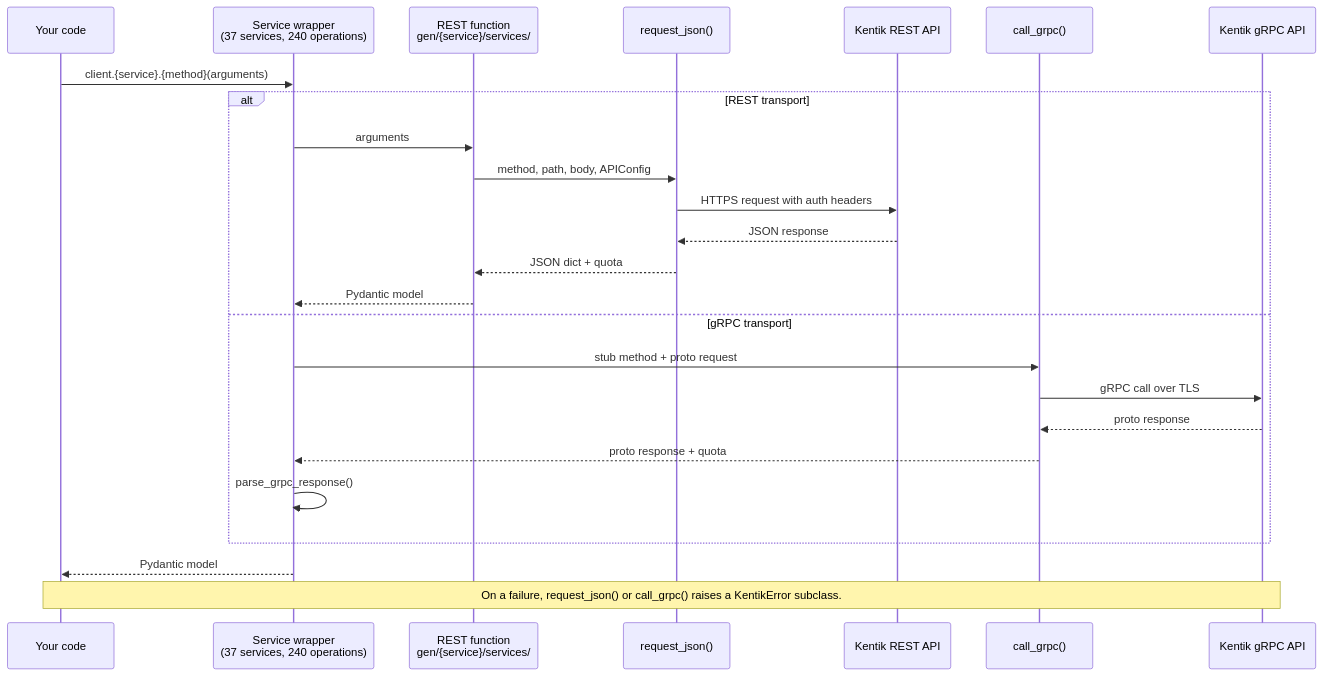
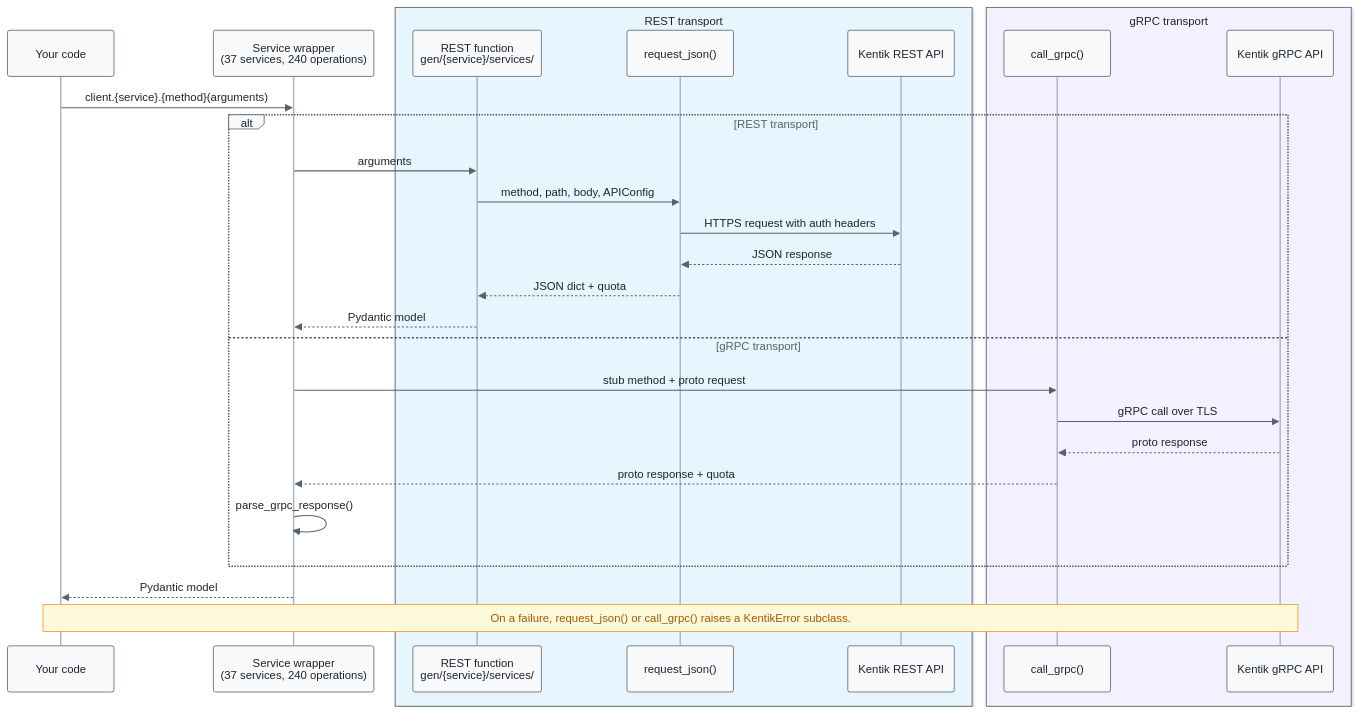
Before and after one commit to alexdearaujo/community_sdk_python: the first of 2 diagrams in docs/sphinx/sdk_runtime_architecture.md, drawn with Mermaid. The commit also changed other lines of this file and 63 other files, not shown here.

First line of the commit message:
docs: themed Mermaid everywhere, smooth curves on the layer diagram

````diff
--- a/docs/sphinx/sdk_runtime_architecture.md
+++ b/docs/sphinx/sdk_runtime_architecture.md
@@ -15,28 +15,33 @@
 ```mermaid
+%%{init: {"theme": "base", "fontFamily": "ui-monospace, SFMono-Regular, Menlo, monospace", "themeVariables": {"fontFamily": "ui-monospace, SFMono-Regular, Menlo, monospace", "primaryColor": "#f8f9fa", "primaryBorderColor": "#495057", "primaryTextColor": "#212529", "textColor": "#212529", "lineColor": "#77818c", "edgeLabelBackground": "#ffffff", "actorBkg": "#f8f9fa", "actorBorder": "#495057", "actorTextColor": "#212529", "actorLineColor": "#a9b3be", "signalColor": "#57616d", "signalTextColor": "#212529", "labelBoxBkgColor": "#f8f9fa", "labelBoxBorderColor": "#495057", "labelTextColor": "#212529", "loopTextColor": "#57616d", "noteBkgColor": "#fff9db", "noteBorderColor": "#f08c00", "noteTextColor": "#a35a00"}, "flowchart": {"curve": "step", "nodeSpacing": 30, "rankSpacing": 70, "wrappingWidth": 400}}}%%
 sequenceDiagram
     participant C as Your code
     participant W as Service wrapper<br/>(37 services, 240 operations)
+    box rgb(231,245,255) REST transport
     participant R as REST function<br/>gen/{service}/services/
     participant RJ as request_json()
     participant RA as Kentik REST API
+    end
+    box rgb(243,240,255) gRPC transport
     participant CG as call_grpc()
     participant GA as Kentik gRPC API
+    end
 
     C->>W: client.{service}.{method}(arguments)
     alt REST transport
         W->>R: arguments
         R->>RJ: method, path, body, APIConfig
         RJ->>RA: HTTPS request with auth headers
         RA-->>RJ: JSON response
         RJ-->>R: JSON dict + quota
         R-->>W: Pydantic model
     else gRPC transport
         W->>CG: stub method + proto request
         CG->>GA: gRPC call over TLS
         GA-->>CG: proto response
         CG-->>W: proto response + quota
         W->>W: parse_grpc_response()
     end
     W-->>C: Pydantic model
     Note over C,GA: On a failure, request_json() or call_grpc() raises a KentikError subclass.
 ```
````
